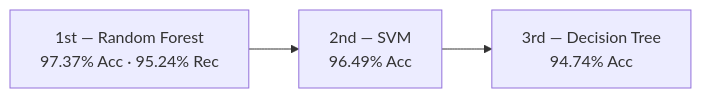
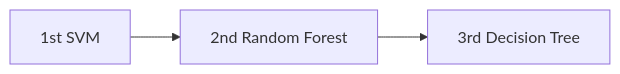
One commit to vishalpanwar416/cancer-detection changed the eighth of 8 diagrams in README.md. Above: the diagram before and after it, drawn with Mermaid. The commit also changed other lines of this file and 6 other files, not shown here.

````diff
--- a/README.md
+++ b/README.md
@@ -231,5 +375,5 @@
 ```mermaid
 flowchart LR
-    RF[1st — Random Forest<br/>97.37% Acc · 95.24% Rec] --> SVM[2nd — SVM<br/>96.49% Acc]
-    SVM --> DT[3rd — Decision Tree<br/>94.74% Acc]
+    SVM["1st SVM"] --> RF["2nd Random Forest"]
+    RF --> DT["3rd Decision Tree"]
 ```
````
